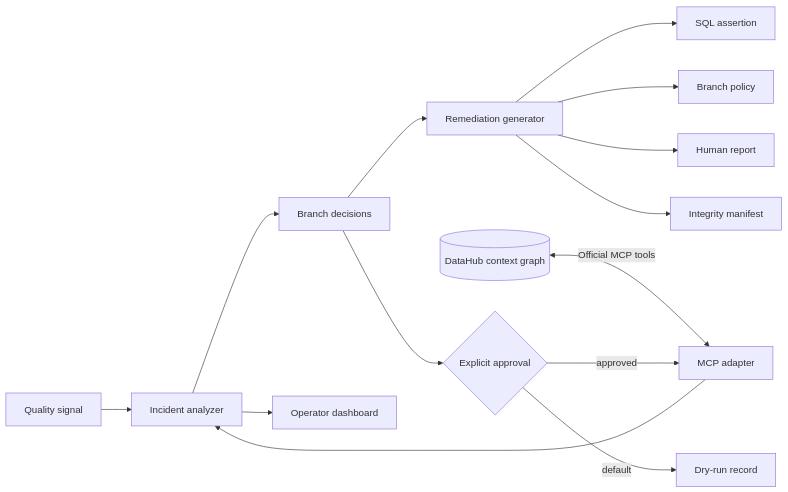
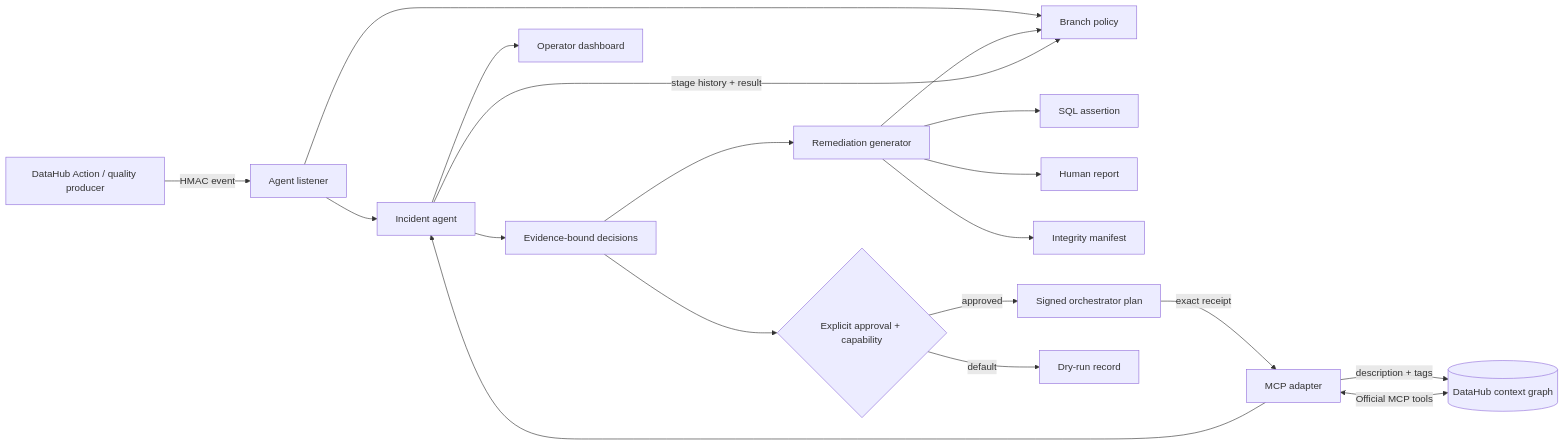
Before and after one commit to milos-plavsic/lineage-guard: the diagram in submission/architecture.md, drawn with Mermaid. The commit also changed other lines of this file and 47 other files, not shown here.

Commit message:
build evidence-bound event containment agent

````diff
--- a/submission/architecture.md
+++ b/submission/architecture.md
@@ -3,16 +3,21 @@
 ```mermaid
 flowchart LR
-    S[Quality signal] --> A[Incident analyzer]
+    S[DataHub Action / quality producer] -->|HMAC event| W[Agent listener]
+    W --> J[(SQLite event journal)]
+    W --> A[Incident agent]
     D[(DataHub context graph)] <-->|Official MCP tools| M[MCP adapter]
     M --> A
-    A --> P[Branch decisions]
+    A --> P[Evidence-bound decisions]
     P --> R[Remediation generator]
     R --> Q[SQL assertion]
     R --> J[Branch policy]
     R --> H[Human report]
     R --> I[Integrity manifest]
-    P --> G{Explicit approval}
-    G -->|approved| M
+    P --> G{Explicit approval + capability}
+    G -->|approved| E[Signed orchestrator plan]
+    E -->|exact receipt| M
     G -->|default| X[Dry-run record]
     A --> U[Operator dashboard]
+    M -->|description + tags| D
+    A -->|stage history + result| J
 ```
````
